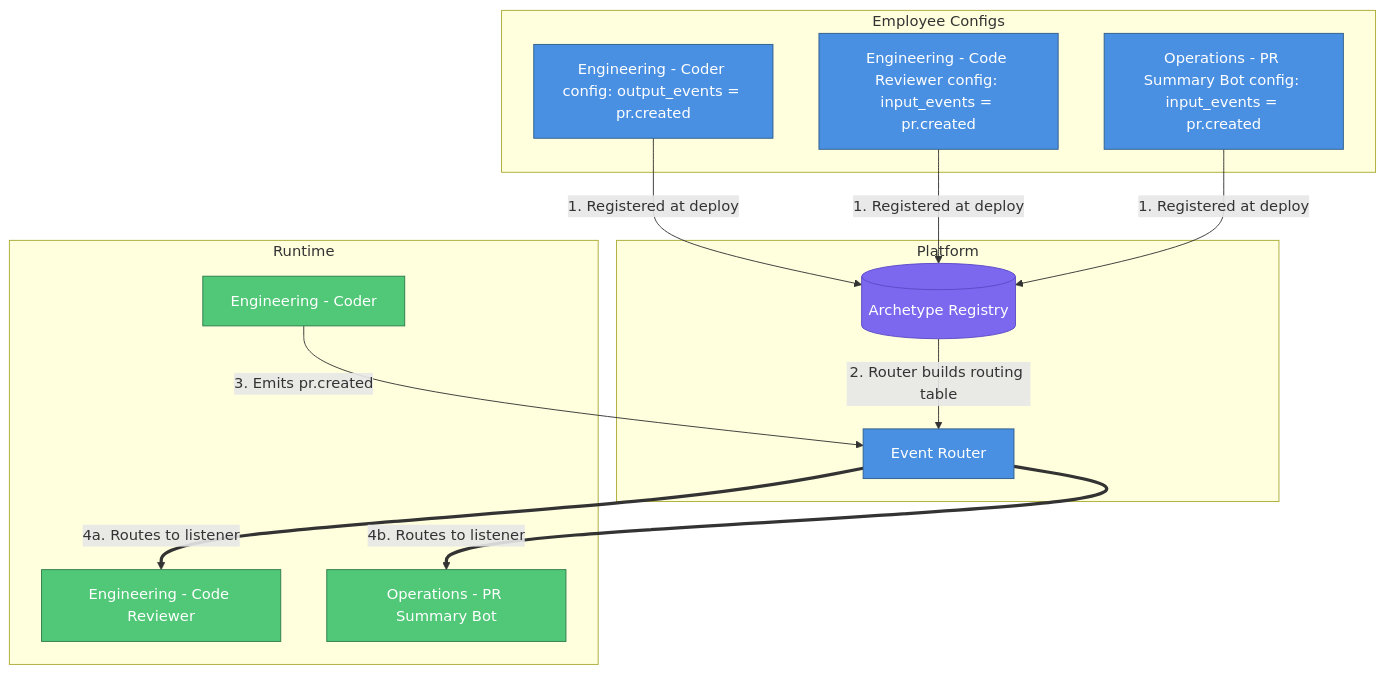
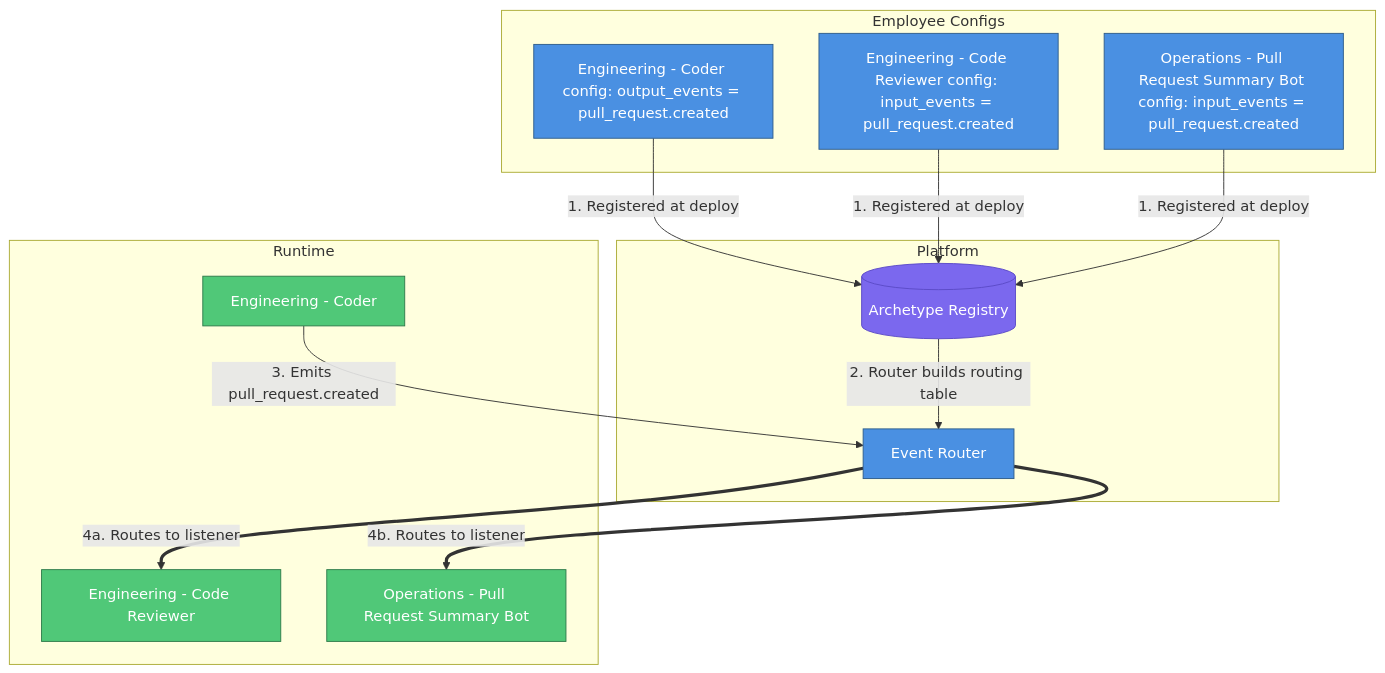
Before and after one commit to viiqswim/dozaldevs-ai-employee: the third of 4 diagrams in docs/2026-04-14-0104-full-system-vision.md, drawn with Mermaid. The commit also changed other lines of this file and 1 other file, not shown here.

First line of the commit message:
docs: comprehensive vision doc overhaul — multi-tenancy, operating modes, event registry, feedback, cleanup

````diff
--- a/docs/2026-04-14-0104-full-system-vision.md
+++ b/docs/2026-04-14-0104-full-system-vision.md
@@ -322,31 +482,31 @@
 ```mermaid
 flowchart TD
     subgraph Employee Configs
-        C_CFG["Engineering - Coder config: output_events = pr.created"]:::service
-        R_CFG["Engineering - Code Reviewer config: input_events = pr.created"]:::service
-        S_CFG["Operations - PR Summary Bot config: input_events = pr.created"]:::service
+        C_CFG["Engineering - Coder config: output_events = pull_request.created"]:::service
+        R_CFG["Engineering - Code Reviewer config: input_events = pull_request.created"]:::service
+        S_CFG["Operations - Pull Request Summary Bot config: input_events = pull_request.created"]:::service
     end
 
     subgraph Platform
         REG[("Archetype Registry")]:::storage
         ROUTER["Event Router"]:::service
     end
 
     subgraph Runtime
         CODER["Engineering - Coder"]:::event
         REVIEWER["Engineering - Code Reviewer"]:::event
-        SUMMARY["Operations - PR Summary Bot"]:::event
+        SUMMARY["Operations - Pull Request Summary Bot"]:::event
     end
 
     C_CFG -->|"1. Registered at deploy"| REG
     R_CFG -->|"1. Registered at deploy"| REG
     S_CFG -->|"1. Registered at deploy"| REG
     REG -->|"2. Router builds routing table"| ROUTER
-    CODER -->|"3. Emits pr.created"| ROUTER
+    CODER -->|"3. Emits pull_request.created"| ROUTER
     ROUTER ==>|"4a. Routes to listener"| REVIEWER
     ROUTER ==>|"4b. Routes to listener"| SUMMARY
 
     classDef service fill:#4A90E2,stroke:#2E5C8A,color:#fff
     classDef storage fill:#7B68EE,stroke:#5B4BC7,color:#fff
     classDef event fill:#50C878,stroke:#2D7A4A,color:#fff
 ```
````
